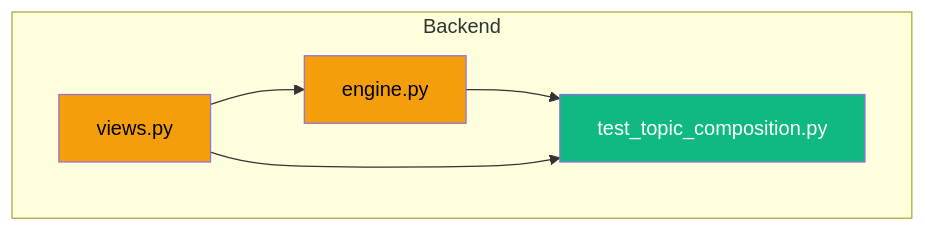
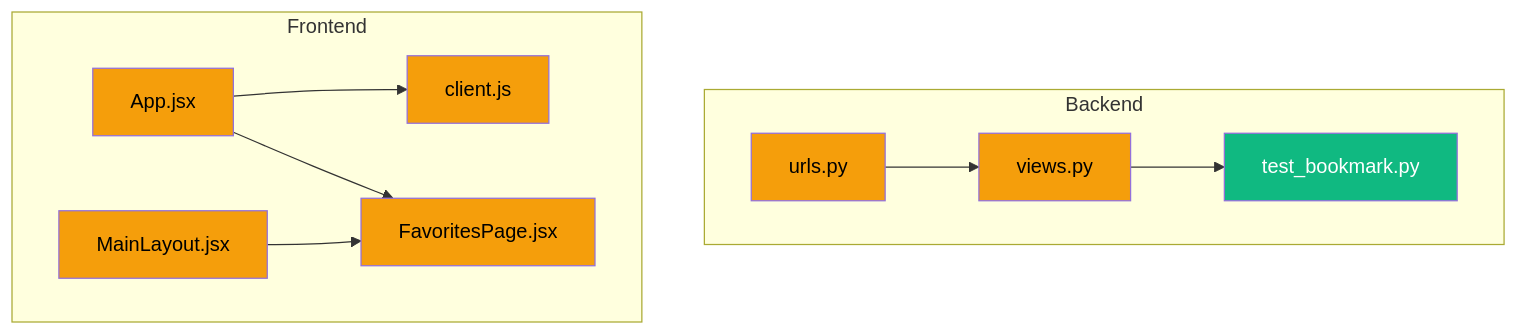
One commit to hongikarchi/archi-tinder changed the fourth of 4 diagrams in .claude/Report.md. Above: the diagram before and after it, drawn with Mermaid. The commit also changed other lines of this file and 10 other files, not shown here.

````diff
--- a/.claude/Report.md
+++ b/.claude/Report.md
@@ -195,14 +204,22 @@
 ```mermaid
 graph TD
     subgraph Backend
-        engine.py:::modified
+        urls.py:::modified
         views.py:::modified
-        test_topic_composition.py:::new
+        test_bookmark.py:::new
     end
-    engine.py --> test_topic_composition.py
-    views.py --> test_topic_composition.py
-    views.py --> engine.py
+    subgraph Frontend
+        App.jsx:::modified
+        client.js:::modified
+        MainLayout.jsx:::modified
+        FavoritesPage.jsx:::modified
+    end
+    views.py --> test_bookmark.py
+    urls.py --> views.py
+    App.jsx --> client.js
+    App.jsx --> FavoritesPage.jsx
+    MainLayout.jsx --> FavoritesPage.jsx
 
     classDef new fill:#10b981,color:#fff
     classDef modified fill:#f59e0b,color:#000
 ```
````
